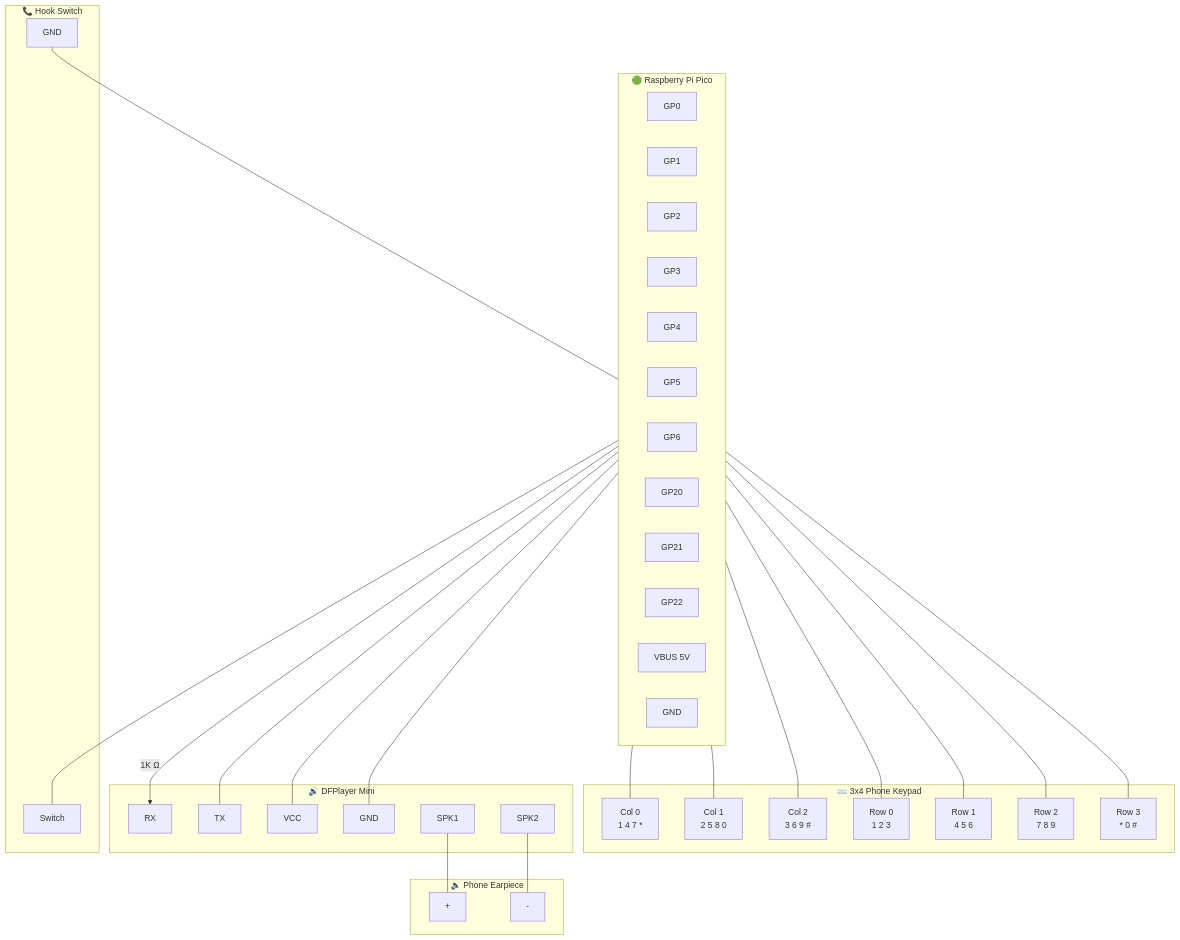
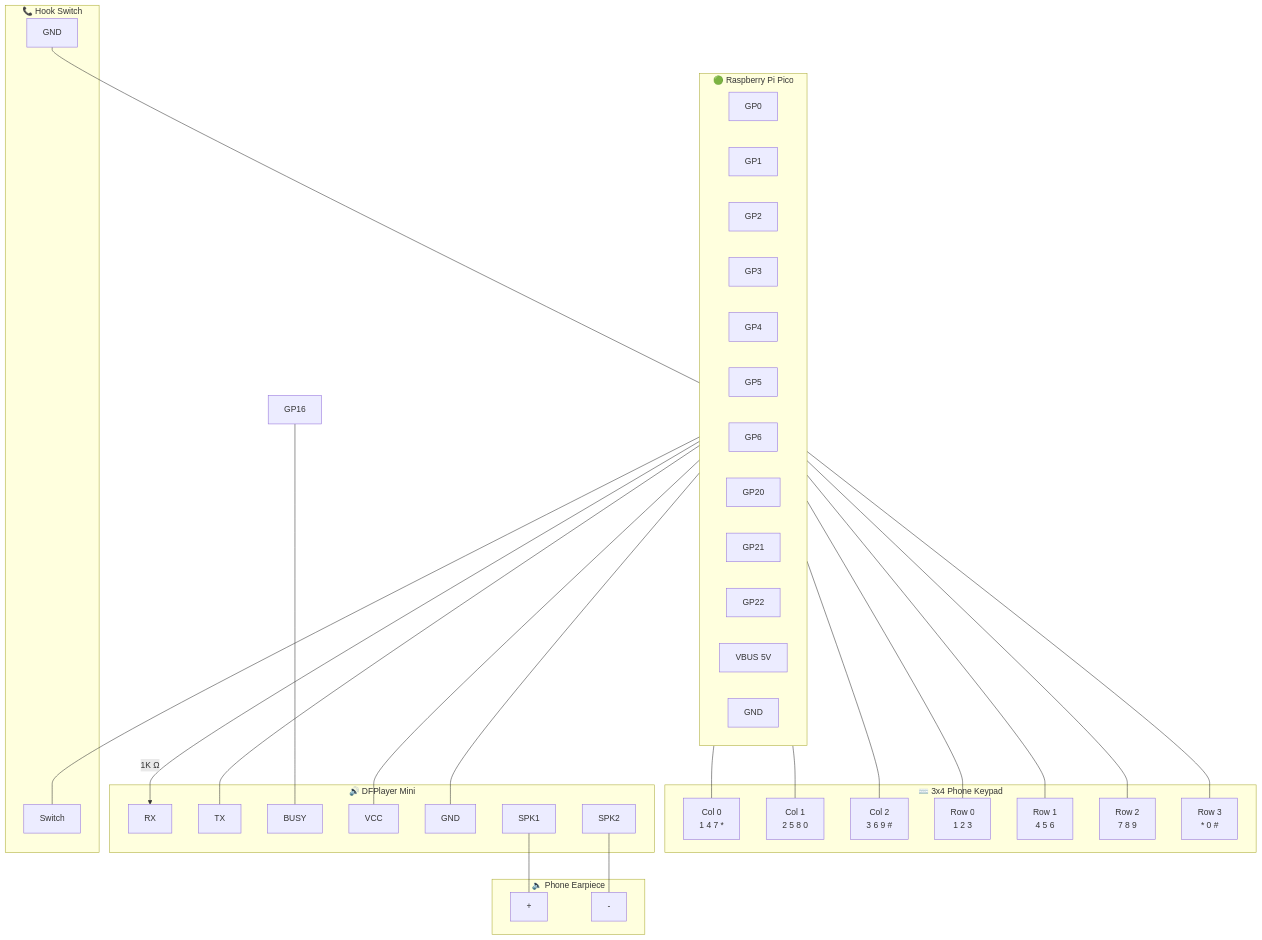
Before and after one commit to MarioCruz/OMiamiPhone: the first of 2 diagrams in README.md, drawn with Mermaid. The commit also changed other lines of this file and 3 other files, not shown here.

````diff
--- a/README.md
+++ b/README.md
@@ -29,66 +30,69 @@
 ```mermaid
 graph TB
     subgraph PICO["🟢 Raspberry Pi Pico"]
         direction LR
         GP0["GP0"]
         GP1["GP1"]
         GP2["GP2"]
         GP3["GP3"]
         GP4["GP4"]
         GP5["GP5"]
         GP6["GP6"]
         GP20["GP20"]
         GP21["GP21"]
         GP22["GP22"]
         VBUS["VBUS 5V"]
         GND["GND"]
     end
 
     subgraph KEYPAD["⌨️ 3x4 Phone Keypad"]
         COL0["Col 0<br/>1 4 7 *"]
         COL1["Col 1<br/>2 5 8 0"]
         COL2["Col 2<br/>3 6 9 #"]
         ROW0["Row 0<br/>1 2 3"]
         ROW1["Row 1<br/>4 5 6"]
         ROW2["Row 2<br/>7 8 9"]
         ROW3["Row 3<br/>* 0 #"]
     end
 
     subgraph DFPLAYER["🔊 DFPlayer Mini"]
         DFP_RX["RX"]
         DFP_TX["TX"]
+        DFP_BUSY["BUSY"]
         DFP_VCC["VCC"]
         DFP_GND["GND"]
         DFP_SPK1["SPK1"]
         DFP_SPK2["SPK2"]
     end
 
     subgraph HOOK["📞 Hook Switch"]
         HOOK_SW["Switch"]
         HOOK_GND["GND"]
     end
 
     subgraph EARPIECE["🔈 Phone Earpiece"]
         EAR_P["+"]
         EAR_N["-"]
     end
 
     GP0 --- COL0
     GP1 --- COL1
     GP2 --- COL2
     GP6 --- ROW0
     GP5 --- ROW1
     GP4 --- ROW2
     GP3 --- ROW3
 
+    GP16["GP16"]
     GP20 -->|"1K Ω"| DFP_RX
     GP21 --- DFP_TX
+    GP16 --- DFP_BUSY
     VBUS --- DFP_VCC
     GND --- DFP_GND
 
     GP22 --- HOOK_SW
     HOOK_GND --- GND
 
     DFP_SPK1 --- EAR_P
     DFP_SPK2 --- EAR_N
 ```
````
